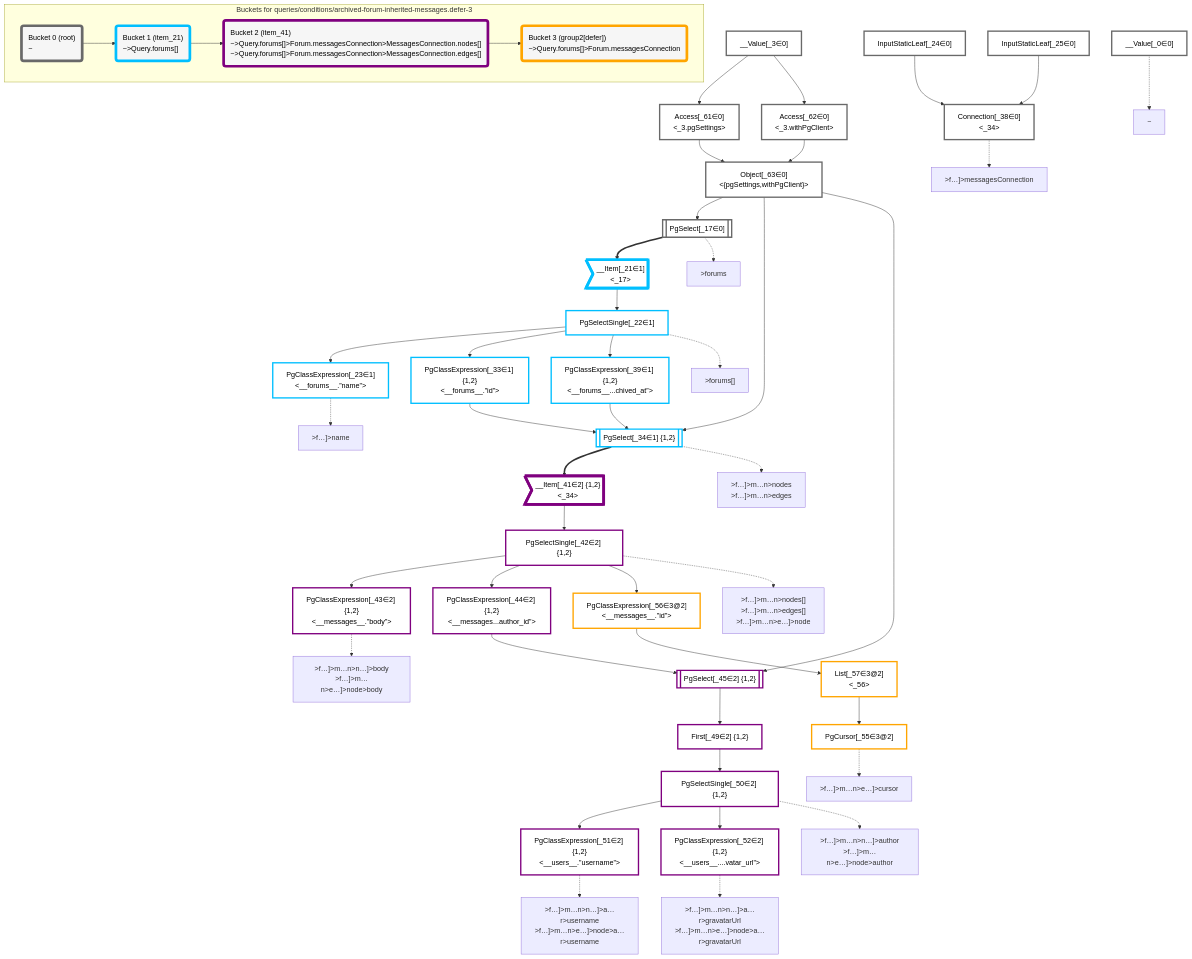
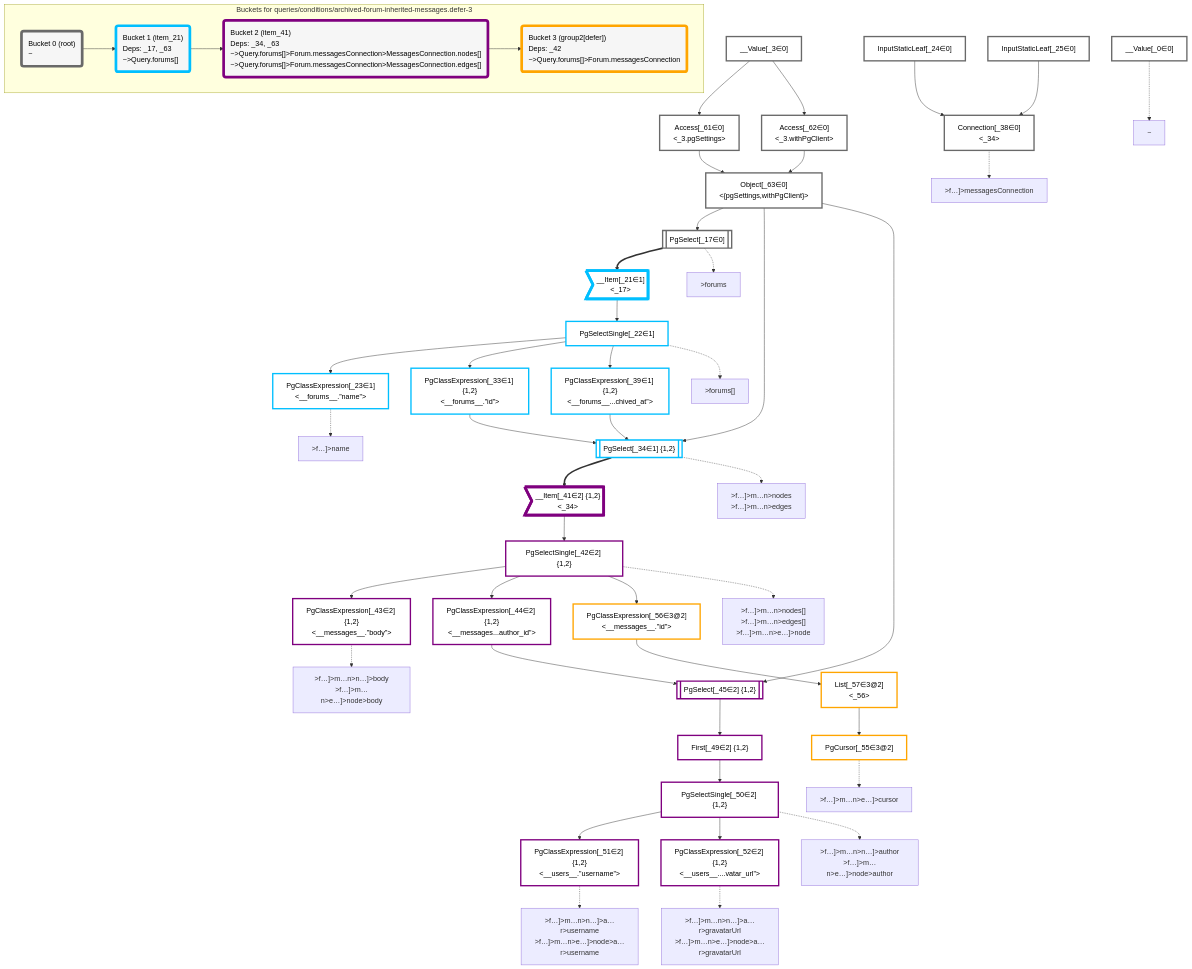
Before and after one commit to graphile/crystal: the diagram in packages/dataplan-pg/__tests__/queries/conditions/archived-forum-inherited-messages.defer-3.deopt.mermaid.md, drawn with Mermaid. The commit also changed 157 other files, not shown here.

Commit message:
Add deps to all query snapshots

```diff
--- a/packages/dataplan-pg/__tests__/queries/conditions/archived-forum-inherited-messages.defer-3.deopt.mermaid.md
+++ b/packages/dataplan-pg/__tests__/queries/conditions/archived-forum-inherited-messages.defer-3.deopt.mermaid.md
@@ -105,13 +105,13 @@
     subgraph "Buckets for queries/conditions/archived-forum-inherited-messages.defer-3"
     Bucket0("Bucket 0 (root)<br />~"):::bucket
     style Bucket0 stroke:#696969
-    Bucket1("Bucket 1 (item_21)<br />~>Query.forums[]"):::bucket
+    Bucket1("Bucket 1 (item_21)<br />Deps: _17, _63<br />~>Query.forums[]"):::bucket
     style Bucket1 stroke:#00bfff
     Bucket0 --> Bucket1
-    Bucket2("Bucket 2 (item_41)<br />~>Query.forums[]>Forum.messagesConnection>MessagesConnection.nodes[]<br />~>Query.forums[]>Forum.messagesConnection>MessagesConnection.edges[]"):::bucket
+    Bucket2("Bucket 2 (item_41)<br />Deps: _34, _63<br />~>Query.forums[]>Forum.messagesConnection>MessagesConnection.nodes[]<br />~>Query.forums[]>Forum.messagesConnection>MessagesConnection.edges[]"):::bucket
     style Bucket2 stroke:#7f007f
     Bucket1 --> Bucket2
-    Bucket3("Bucket 3 (group2[defer])<br />~>Query.forums[]>Forum.messagesConnection"):::bucket
+    Bucket3("Bucket 3 (group2[defer])<br />Deps: _42<br />~>Query.forums[]>Forum.messagesConnection"):::bucket
     style Bucket3 stroke:#ffa500
     Bucket2 --> Bucket3
     end
```
